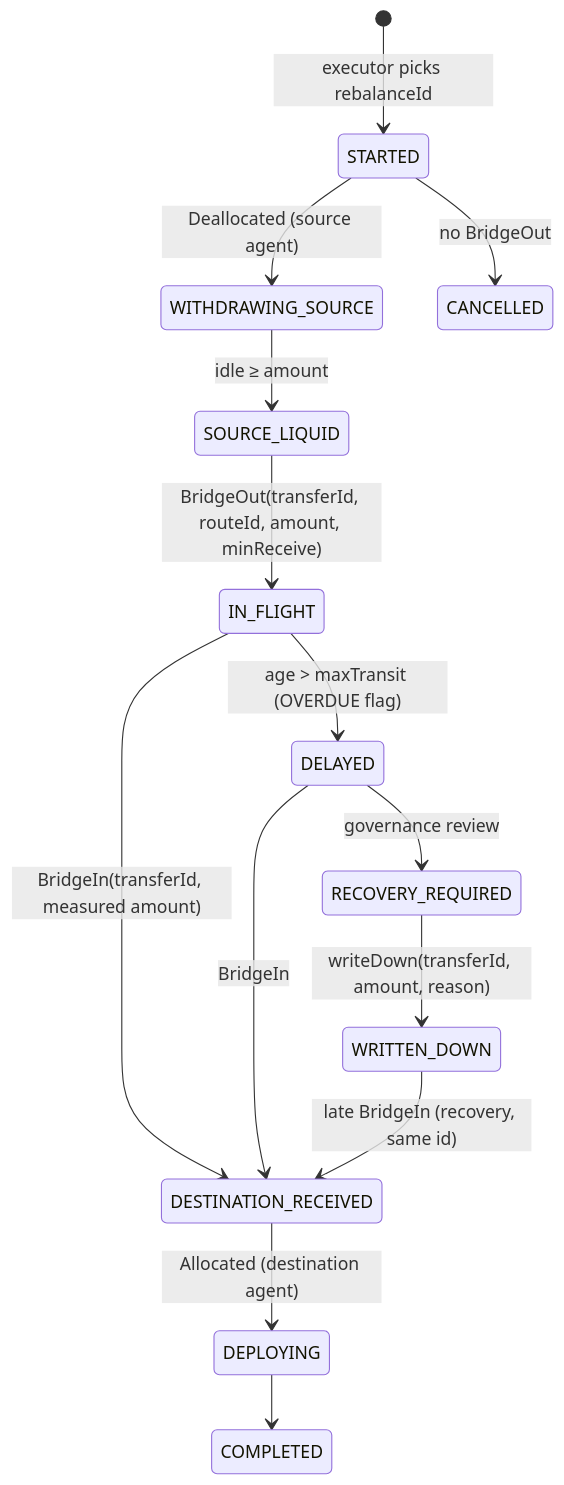
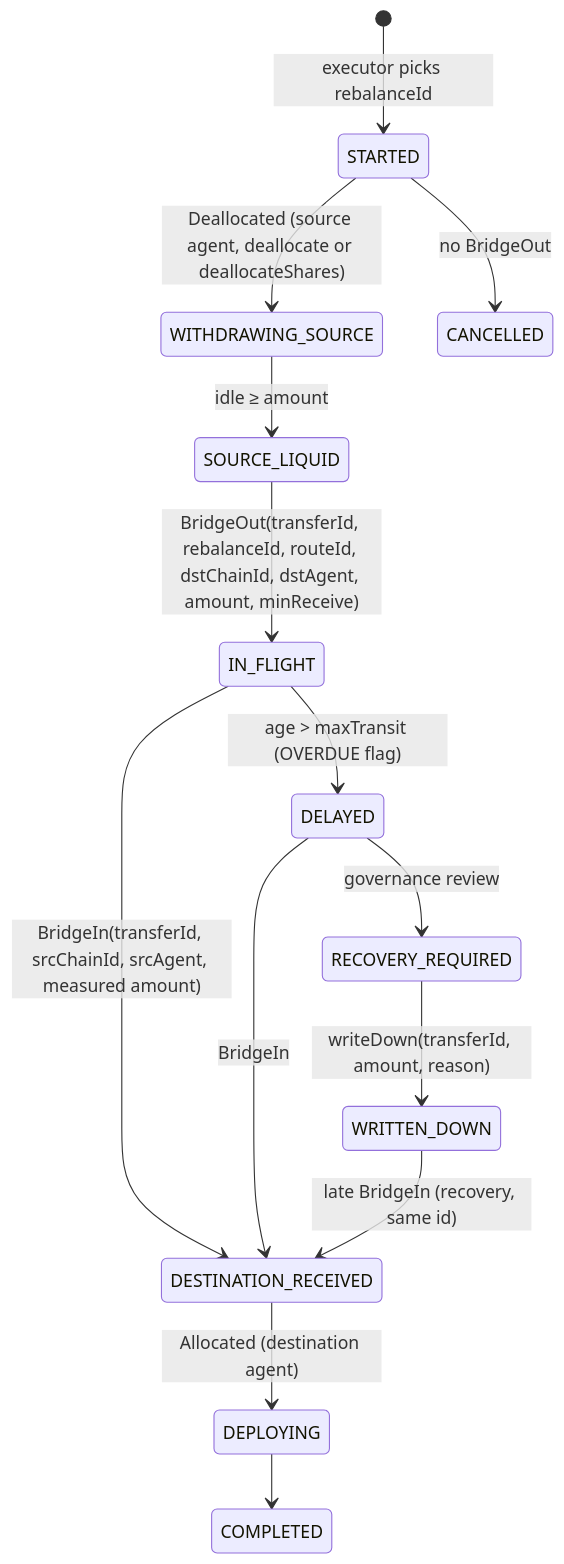
Before and after one commit to Thesauros/optimized-rebalancer-contracts: the third of 3 diagrams in docs/implementation-report.md, drawn with Mermaid. The commit also changed other lines of this file and 36 other files, not shown here.

````diff
--- a/docs/implementation-report.md
+++ b/docs/implementation-report.md
@@ -412,16 +587,16 @@
 ```mermaid
 stateDiagram-v2
   [*] --> STARTED: executor picks rebalanceId
-  STARTED --> WITHDRAWING_SOURCE: Deallocated (source agent)
+  STARTED --> WITHDRAWING_SOURCE: Deallocated (source agent, deallocate or deallocateShares)
   WITHDRAWING_SOURCE --> SOURCE_LIQUID: idle ≥ amount
-  SOURCE_LIQUID --> IN_FLIGHT: BridgeOut(transferId, routeId, amount, minReceive)
-  IN_FLIGHT --> DESTINATION_RECEIVED: BridgeIn(transferId, measured amount)
+  SOURCE_LIQUID --> IN_FLIGHT: BridgeOut(transferId, rebalanceId, routeId, dstChainId, dstAgent, amount, minReceive)
+  IN_FLIGHT --> DESTINATION_RECEIVED: BridgeIn(transferId, srcChainId, srcAgent, measured amount)
   IN_FLIGHT --> DELAYED: age > maxTransit (OVERDUE flag)
   DELAYED --> DESTINATION_RECEIVED: BridgeIn
   DELAYED --> RECOVERY_REQUIRED: governance review
   RECOVERY_REQUIRED --> WRITTEN_DOWN: writeDown(transferId, amount, reason)
   WRITTEN_DOWN --> DESTINATION_RECEIVED: late BridgeIn (recovery, same id)
   DESTINATION_RECEIVED --> DEPLOYING: Allocated (destination agent)
   DEPLOYING --> COMPLETED
   STARTED --> CANCELLED: no BridgeOut
 ```
````
